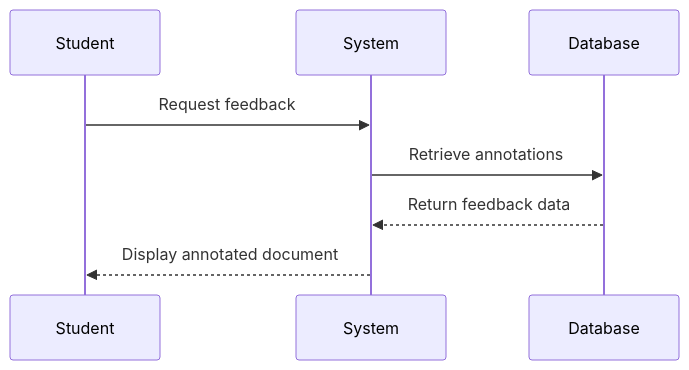
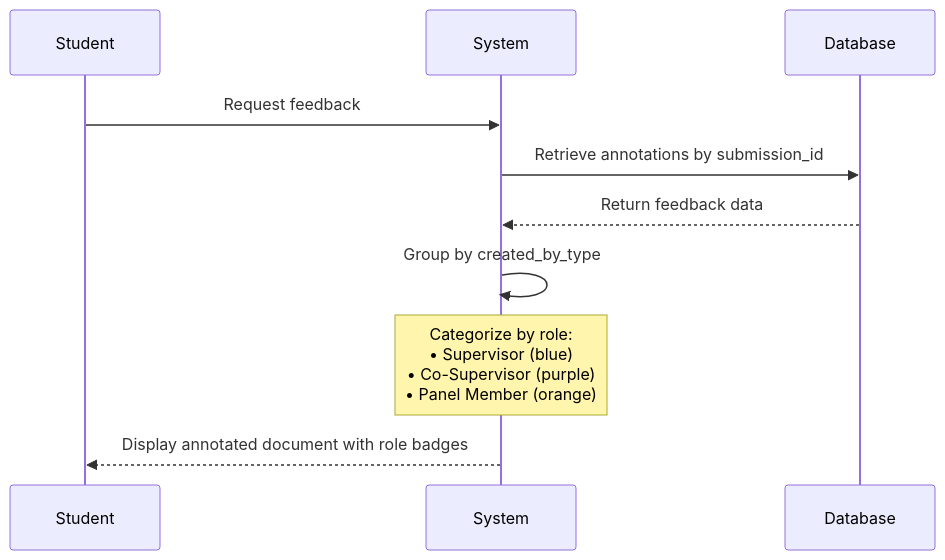
Before and after one commit to abdullah2323442/thesisrepo-backup: the fifth of 42 diagrams in sequence.md, drawn with Mermaid. The commit also changed other lines of this file, not shown here.

````diff
--- a/sequence.md
+++ b/sequence.md
@@ -80,11 +119,15 @@
 ```mermaid
 sequenceDiagram
     participant Student
     participant System
     participant Database
 
     Student->>System: Request feedback
-    System->>Database: Retrieve annotations
+    System->>Database: Retrieve annotations by submission_id
     Database-->>System: Return feedback data
-    System-->>Student: Display annotated document
+    
+    System->>System: Group by created_by_type
+    Note over System: Categorize by role:<br/>• Supervisor (blue)<br/>• Co-Supervisor (purple)<br/>• Panel Member (orange)
+    
+    System-->>Student: Display annotated document with role badges
 ```
````
